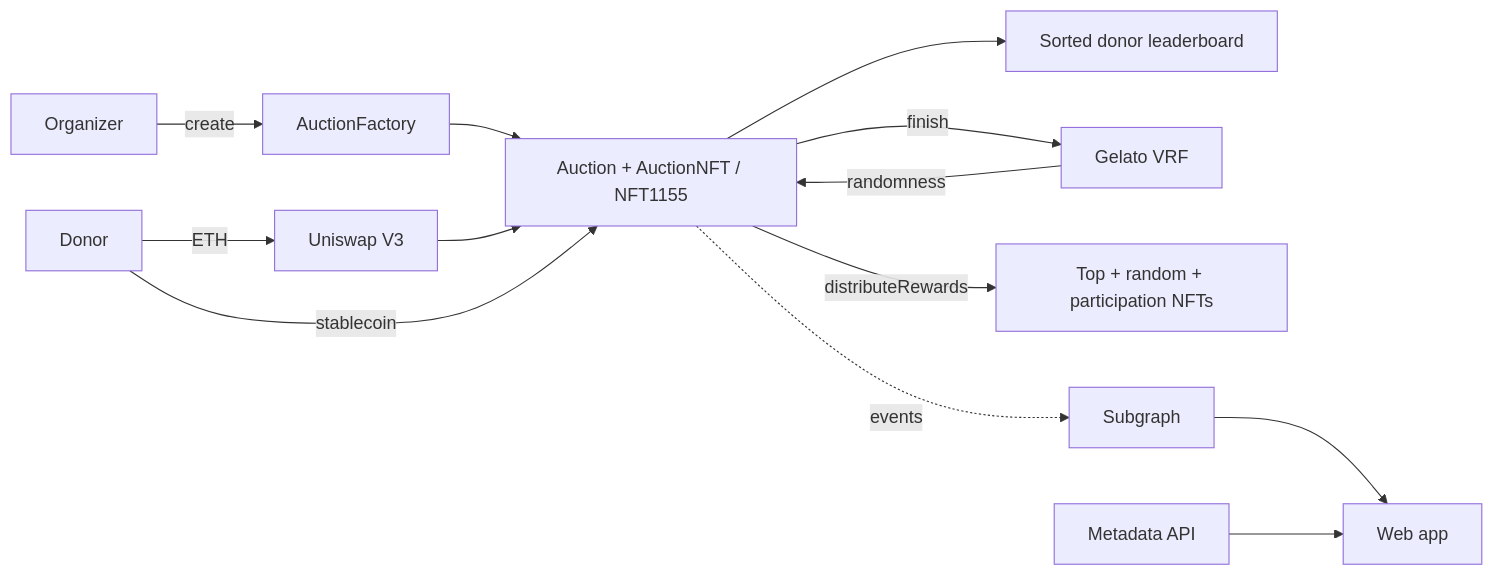
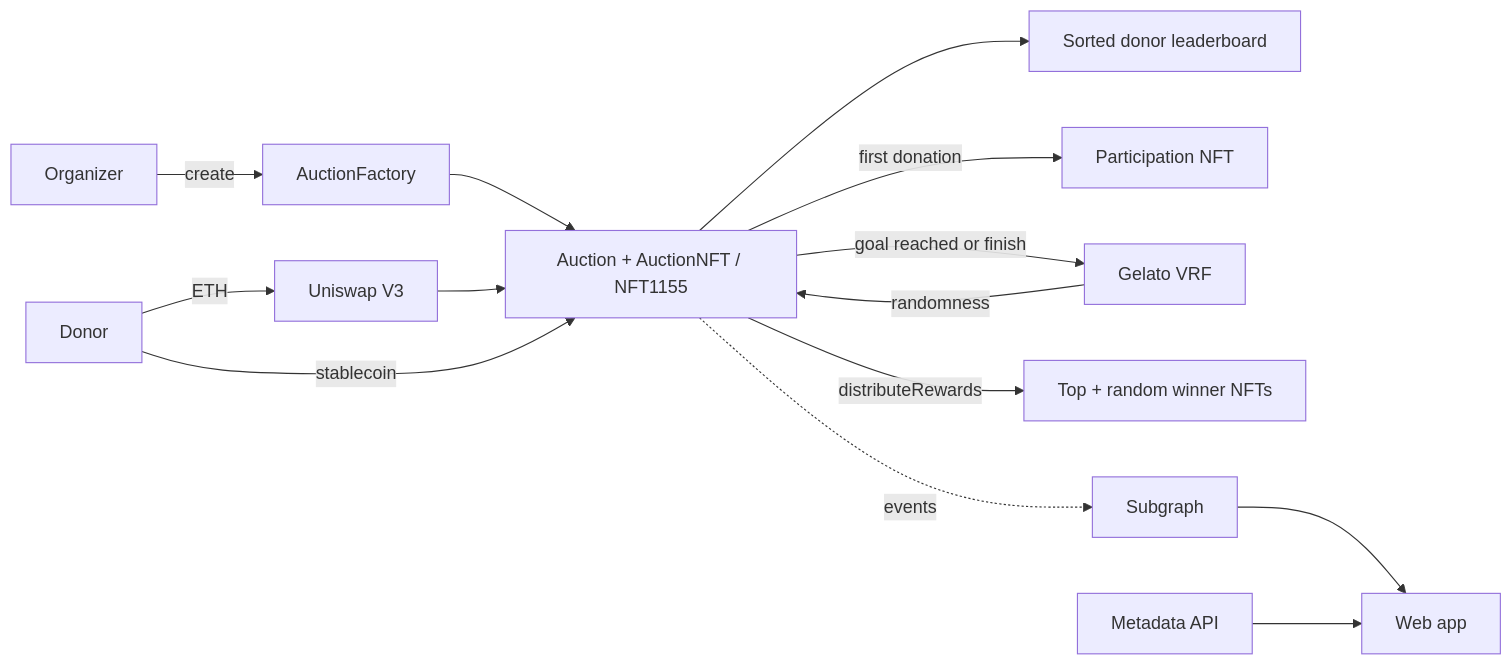
Before and after one commit to RedDuckTeam/kyd: the diagram in README.md, drawn with Mermaid. The commit also changed other lines of this file, not shown here.

````diff
--- a/README.md
+++ b/README.md
@@ -36,15 +36,16 @@
 ```mermaid
 flowchart LR
     A[Organizer] -->|create| B[AuctionFactory]
     B --> C[Auction + AuctionNFT / NFT1155]
     D[Donor] -->|ETH| E[Uniswap V3]
     E --> C
     D -->|stablecoin| C
     C --> F[Sorted donor leaderboard]
-    C -->|finish| G[Gelato VRF]
+    C -->|first donation| L[Participation NFT]
+    C -->|goal reached or finish| G[Gelato VRF]
     G -->|randomness| C
-    C -->|distributeRewards| H[Top + random + participation NFTs]
+    C -->|distributeRewards| H[Top + random winner NFTs]
     C -.->|events| I[Subgraph]
     I --> J[Web app]
     K[Metadata API] --> J
 ```
````
